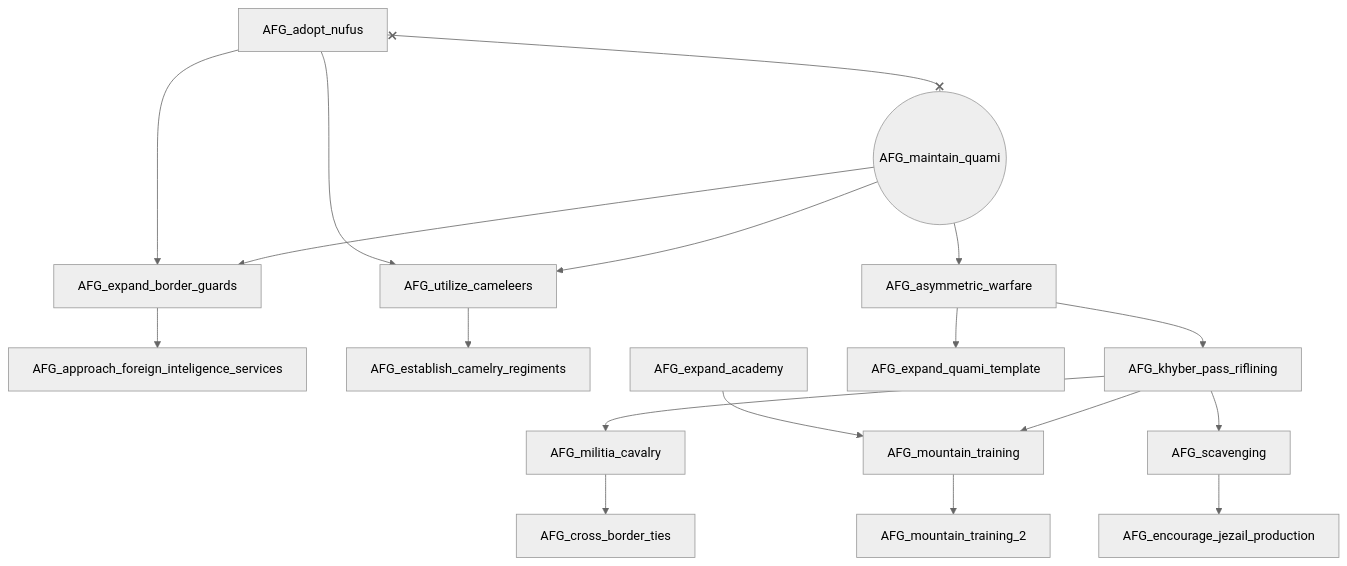
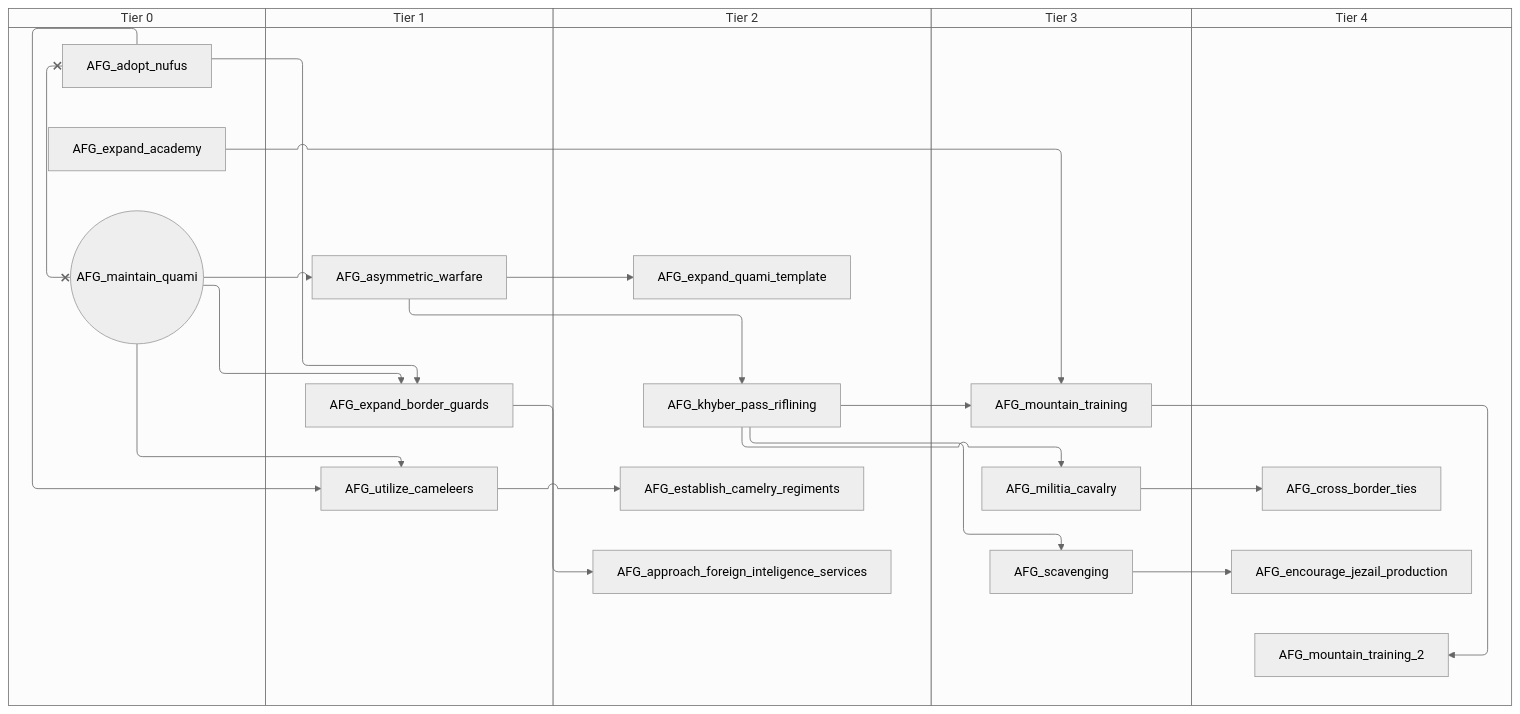
Before and after one commit to evgeny-sobol/hoi4-sandbox-mode-r56: the sixth of 8 diagrams in docs/gdd/National Focuses/r56/afghanistan.md, drawn with Mermaid (neutral theme). The commit also changed other lines of this file and 423 other files, not shown here.

First line of the commit message:
Re-export Rt56 focus trees as swimlane diagrams

````diff
--- a/docs/gdd/National Focuses/r56/afghanistan.md
+++ b/docs/gdd/National Focuses/r56/afghanistan.md
@@ -394,36 +468,46 @@
 ```mermaid
-flowchart TD
-    n1["AFG_adopt_nufus"]
-    n2["AFG_approach_foreign_inteligence_services"]
-    n163["AFG_asymmetric_warfare"]
-    n164["AFG_cross_border_ties"]
-    n165["AFG_encourage_jezail_production"]
-    n3["AFG_establish_camelry_regiments"]
-    n5["AFG_expand_academy"]
-    n6["AFG_expand_border_guards"]
-    n166["AFG_expand_quami_template"]
-    n11["AFG_khyber_pass_riflining"]
-    n12(("AFG_maintain_quami"))
-    n167["AFG_militia_cavalry"]
-    n13["AFG_mountain_training"]
-    n14["AFG_mountain_training_2"]
-    n168["AFG_scavenging"]
-    n26["AFG_utilize_cameleers"]
-    n6 --> n2
-    n12 --> n163
-    n167 --> n164
-    n168 --> n165
-    n26 --> n3
-    n12 --> n6
-    n1 --> n6
-    n163 --> n166
-    n163 --> n11
-    n11 --> n167
-    n11 --> n13
-    n5 --> n13
-    n13 --> n14
-    n11 --> n168
-    n12 --> n26
-    n1 --> n26
-    n1 x--x n12
+swimlane-beta TD
+    subgraph tier_0["Tier 0"]
+        n1["AFG_adopt_nufus"]
+        n11["AFG_expand_academy"]
+        n3(("AFG_maintain_quami"))
+    end
+    subgraph tier_1["Tier 1"]
+        n163["AFG_asymmetric_warfare"]
+        n5["AFG_expand_border_guards"]
+        n8["AFG_utilize_cameleers"]
+    end
+    subgraph tier_2["Tier 2"]
+        n9["AFG_approach_foreign_inteligence_services"]
+        n10["AFG_establish_camelry_regiments"]
+        n164["AFG_expand_quami_template"]
+        n2["AFG_khyber_pass_riflining"]
+    end
+    subgraph tier_3["Tier 3"]
+        n165["AFG_militia_cavalry"]
+        n15["AFG_mountain_training"]
+        n166["AFG_scavenging"]
+    end
+    subgraph tier_4["Tier 4"]
+        n167["AFG_cross_border_ties"]
+        n168["AFG_encourage_jezail_production"]
+        n23["AFG_mountain_training_2"]
+    end
+    n5 --> n9
+    n3 --> n163
+    n165 --> n167
+    n166 --> n168
+    n8 --> n10
+    n3 --> n5
+    n1 --> n5
+    n163 --> n164
+    n163 --> n2
+    n2 --> n165
+    n2 --> n15
+    n11 --> n15
+    n15 --> n23
+    n2 --> n166
+    n3 --> n8
+    n1 --> n8
+    n1 x--x n3
 ```
````
